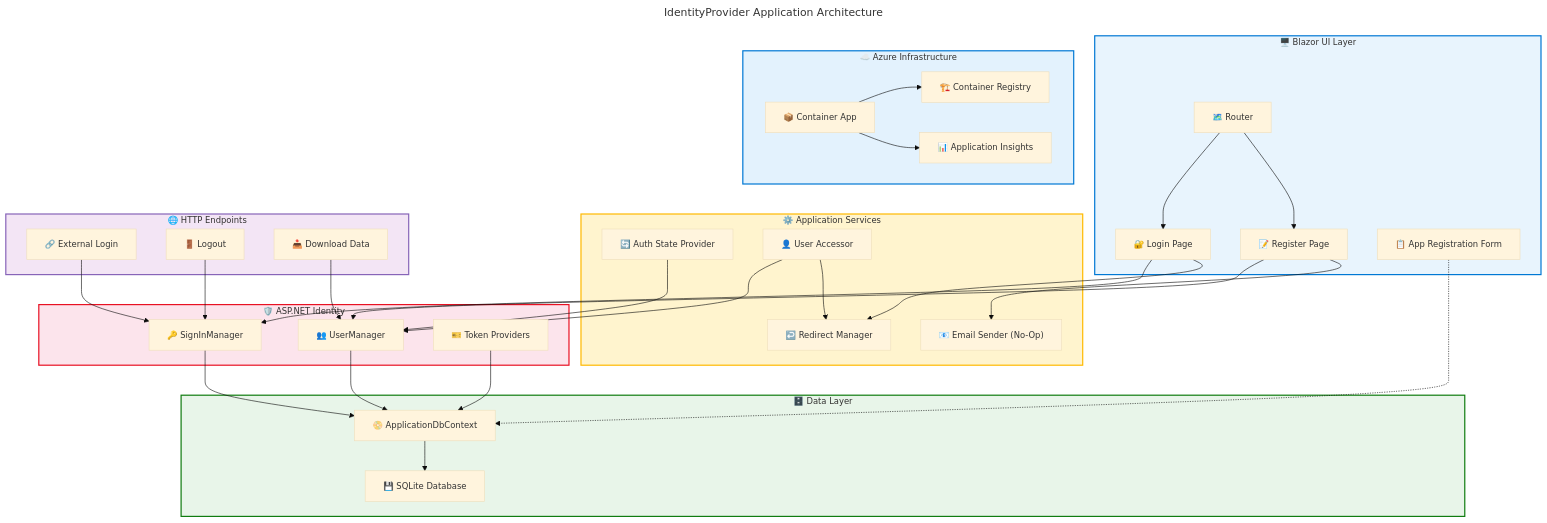
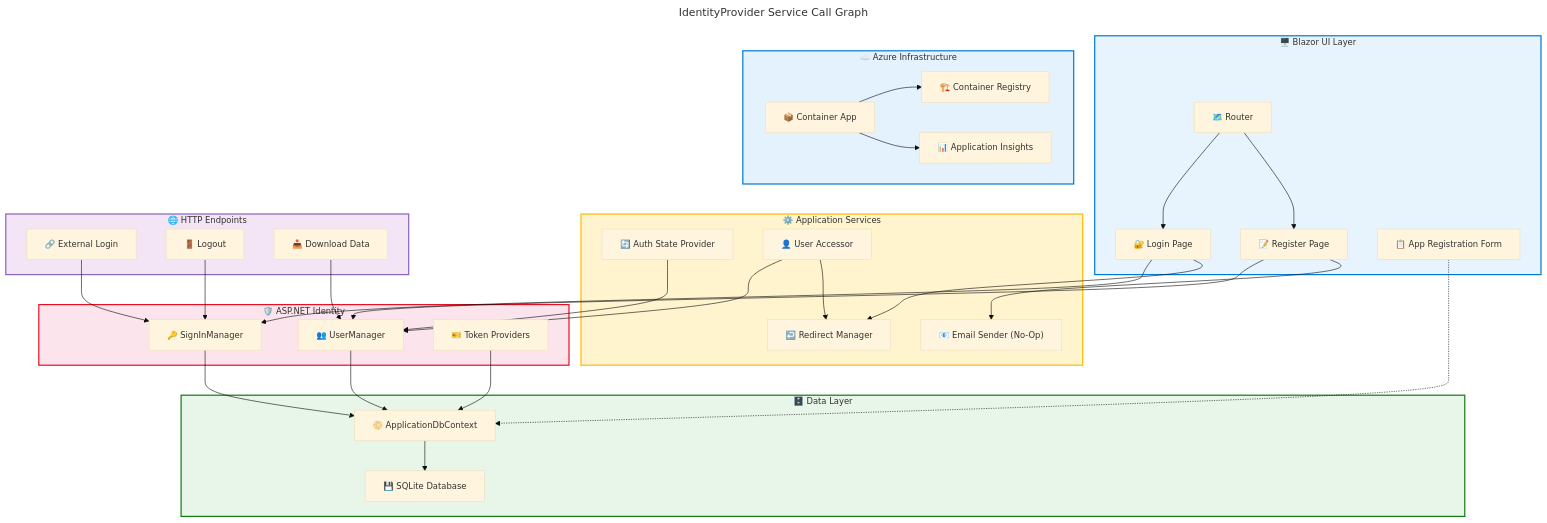
One commit to Evilazaro/IdentityProvider changed the second of 2 diagrams in docs/architecture/application-architecture.md. Above: the diagram before and after it, drawn with Mermaid. The commit also changed other lines of this file, not shown here.

````diff
--- a/docs/architecture/application-architecture.md
+++ b/docs/architecture/application-architecture.md
@@ -568,6 +870,6 @@
 ```mermaid
 ---
-title: IdentityProvider Application Architecture
+title: IdentityProvider Service Call Graph
 config:
   theme: base
   look: classic
@@ -578,8 +880,19 @@
     htmlLabels: true
 ---
 flowchart TB
-    accTitle: IdentityProvider Application Component Diagram
-    accDescr: Component diagram showing the IdentityProvider Blazor Server application architecture with authentication services, data access, UI components, and Azure infrastructure dependencies
+    accTitle: IdentityProvider Service Call Graph
+    accDescr: Shows the service-to-service dependency graph for the IdentityProvider Blazor Server application including UI components, application services, Identity framework, data layer, and Azure infrastructure
+
+    %% ═══════════════════════════════════════════════════════════════════════════
+    %% AZURE / FLUENT ARCHITECTURE PATTERN v1.1
+    %% (Semantic + Structural + Font + Accessibility Governance)
+    %% ═══════════════════════════════════════════════════════════════════════════
+    %% PHASE 1 - STRUCTURAL: Direction explicit, flat topology, nesting ≤ 3
+    %% PHASE 2 - SEMANTIC: Colors justified, max 5 semantic classes, neutral-first
+    %% PHASE 3 - FONT: Dark text on light backgrounds, contrast ≥ 4.5:1
+    %% PHASE 4 - ACCESSIBILITY: accTitle/accDescr present, icons on all nodes
+    %% PHASE 5 - STANDARD: Governance block present, classDefs centralized
+    %% ═══════════════════════════════════════════════════════════════════════════
 
     subgraph UI["🖥️ Blazor UI Layer"]
         LOGIN["🔐 Login Page"]
@@ -642,6 +955,13 @@
     ACA --> ACR
     ACA --> APPINS
 
+    classDef uiStyle fill:#E8F4FD,stroke:#0078D4,stroke-width:2px,color:#323130
+    classDef svcStyle fill:#FFF4CE,stroke:#FFB900,stroke-width:2px,color:#323130
+    classDef idStyle fill:#FCE4EC,stroke:#E81123,stroke-width:2px,color:#323130
+    classDef dataStyle fill:#E8F5E9,stroke:#107C10,stroke-width:2px,color:#323130
+    classDef epStyle fill:#F3E5F5,stroke:#8764B8,stroke-width:2px,color:#323130
+    classDef azureStyle fill:#E3F2FD,stroke:#0078D4,stroke-width:2px,color:#323130
+
     style UI fill:#E8F4FD,stroke:#0078D4,stroke-width:2px,color:#323130
     style SERVICES fill:#FFF4CE,stroke:#FFB900,stroke-width:2px,color:#323130
     style IDENTITY fill:#FCE4EC,stroke:#E81123,stroke-width:2px,color:#323130
````
